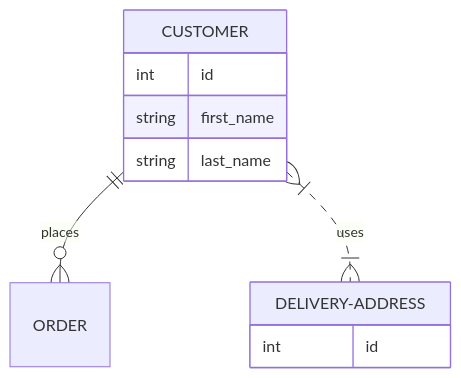
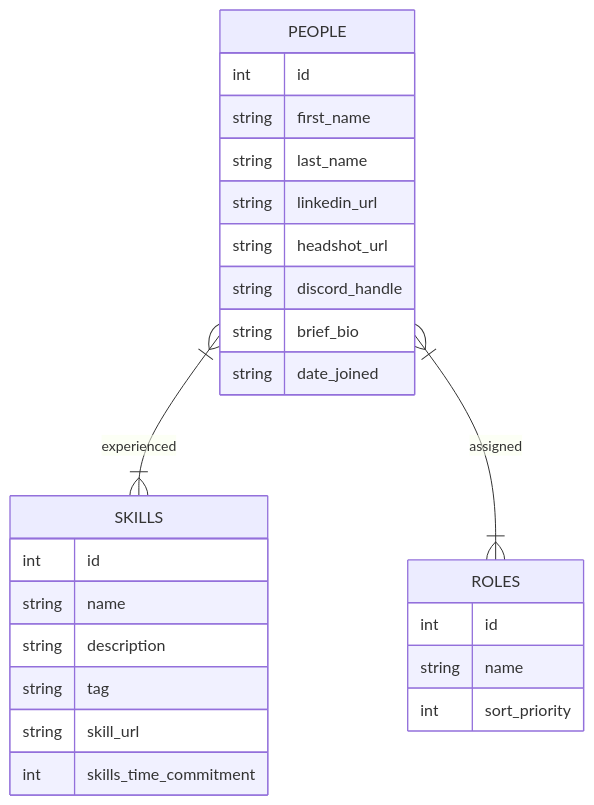
The diagram in hw7/hw7.qmd (cmsc-vcu/cmsc508-fa2023-hw7-Elites100), drawn with Mermaid before and after one commit. The commit also changed other lines of this file and 2 other files, not shown here.

Commit message:
All upadted and changed

````diff
--- a/hw7/hw7.qmd
+++ b/hw7/hw7.qmd
@@ -102,14 +103,31 @@
 ```{mermaid}
 erDiagram
-    CUSTOMER ||--o{ ORDER : places
-    CUSTOMER }|..|{ DELIVERY-ADDRESS : uses
+    PEOPLE }|--|{ SKILLS : experienced
+    PEOPLE }|--|{ ROLES : assigned
 
-    CUSTOMER{
+
+    PEOPLE{
         int id
         string first_name
         string last_name
+        string linkedin_url
+        string headshot_url
+        string discord_handle
+        string brief_bio
+        string date_joined
     }
-    DELIVERY-ADDRESS{
+    SKILLS{
         int id
+        string name
+        string description
+        string tag
+        string skill_url
+        int skills_time_commitment
     }
+    ROLES {
+        int id 
+        string name
+        int sort_priority
+    }
+
 ```
````
